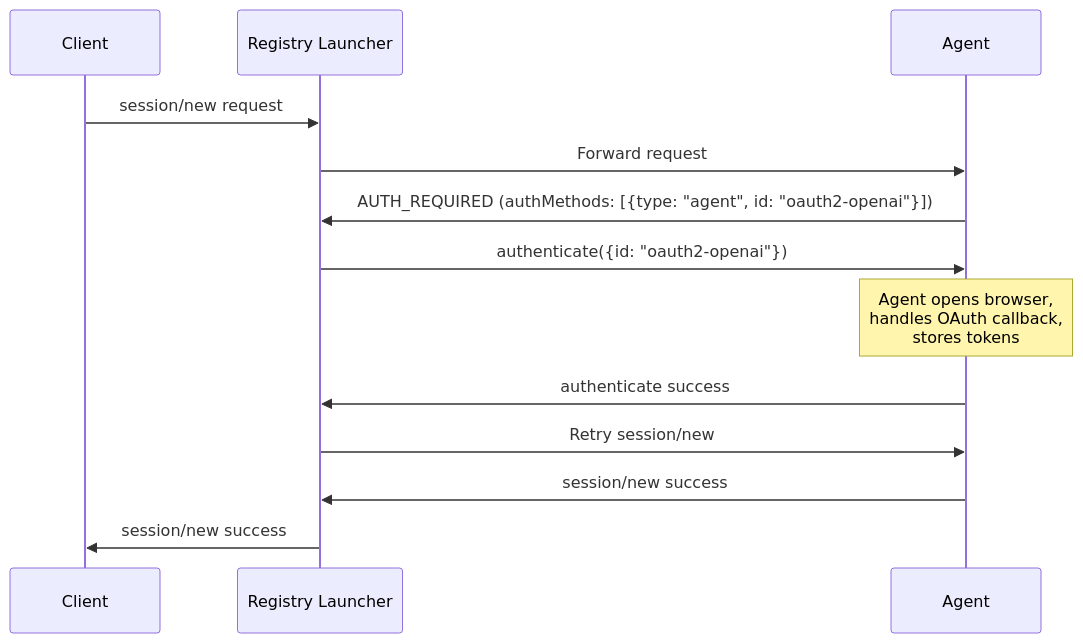
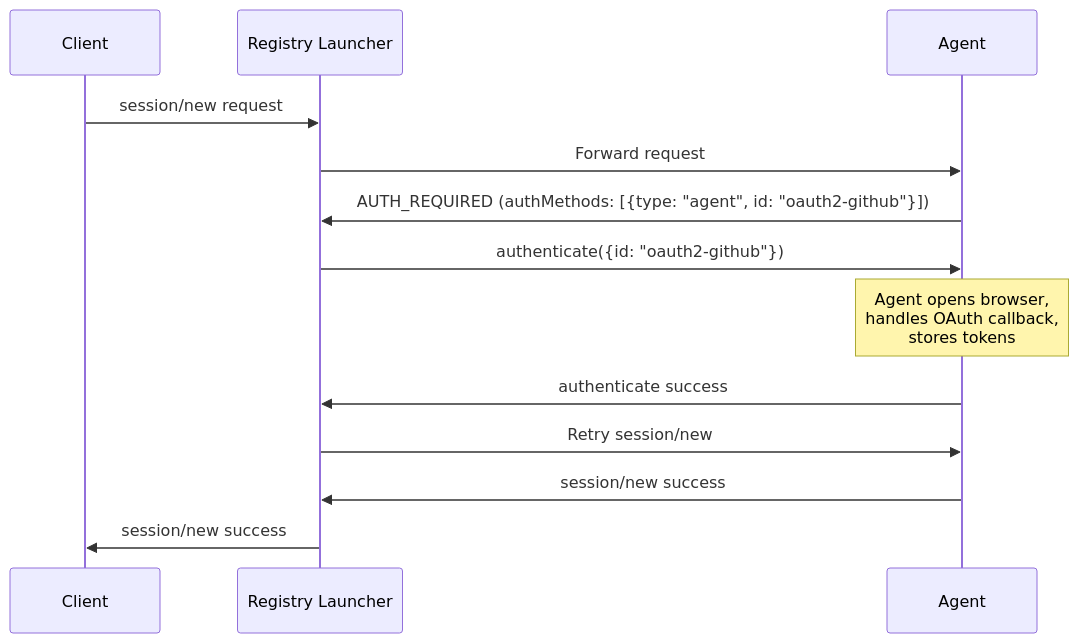
One commit to stdiobus/workers-registry changed the third of 4 diagrams in docs/oauth/user-guide.md. Above: the diagram before and after it, drawn with Mermaid. The commit also changed other lines of this file and 29 other files, not shown here.

````diff
--- a/docs/oauth/user-guide.md
+++ b/docs/oauth/user-guide.md
@@ -279,16 +378,16 @@
 ```mermaid
 sequenceDiagram
     participant Client
     participant Router as Registry Launcher
     participant Agent
 
     Client->>Router: session/new request
     Router->>Agent: Forward request
-    Agent->>Router: AUTH_REQUIRED (authMethods: [{type: "agent", id: "oauth2-openai"}])
-    Router->>Agent: authenticate({id: "oauth2-openai"})
+    Agent->>Router: AUTH_REQUIRED (authMethods: [{type: "agent", id: "oauth2-github"}])
+    Router->>Agent: authenticate({id: "oauth2-github"})
     Note over Agent: Agent opens browser,<br/>handles OAuth callback,<br/>stores tokens
     Agent->>Router: authenticate success
     Router->>Agent: Retry session/new
     Agent->>Router: session/new success
     Router->>Client: session/new success
 ```
````
